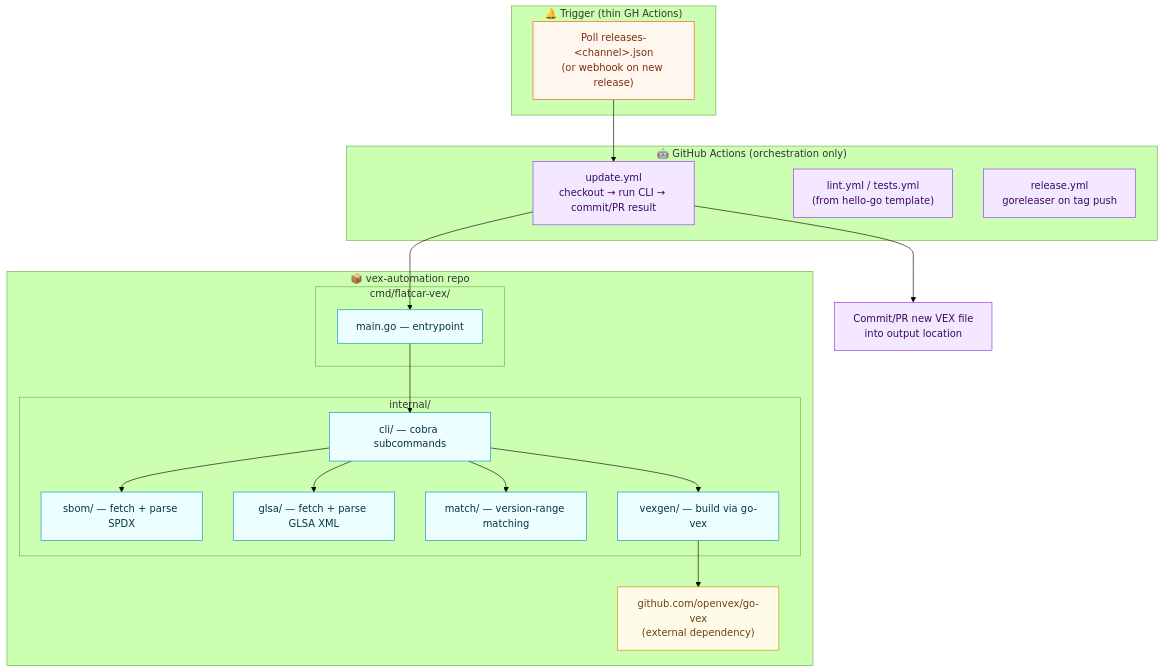
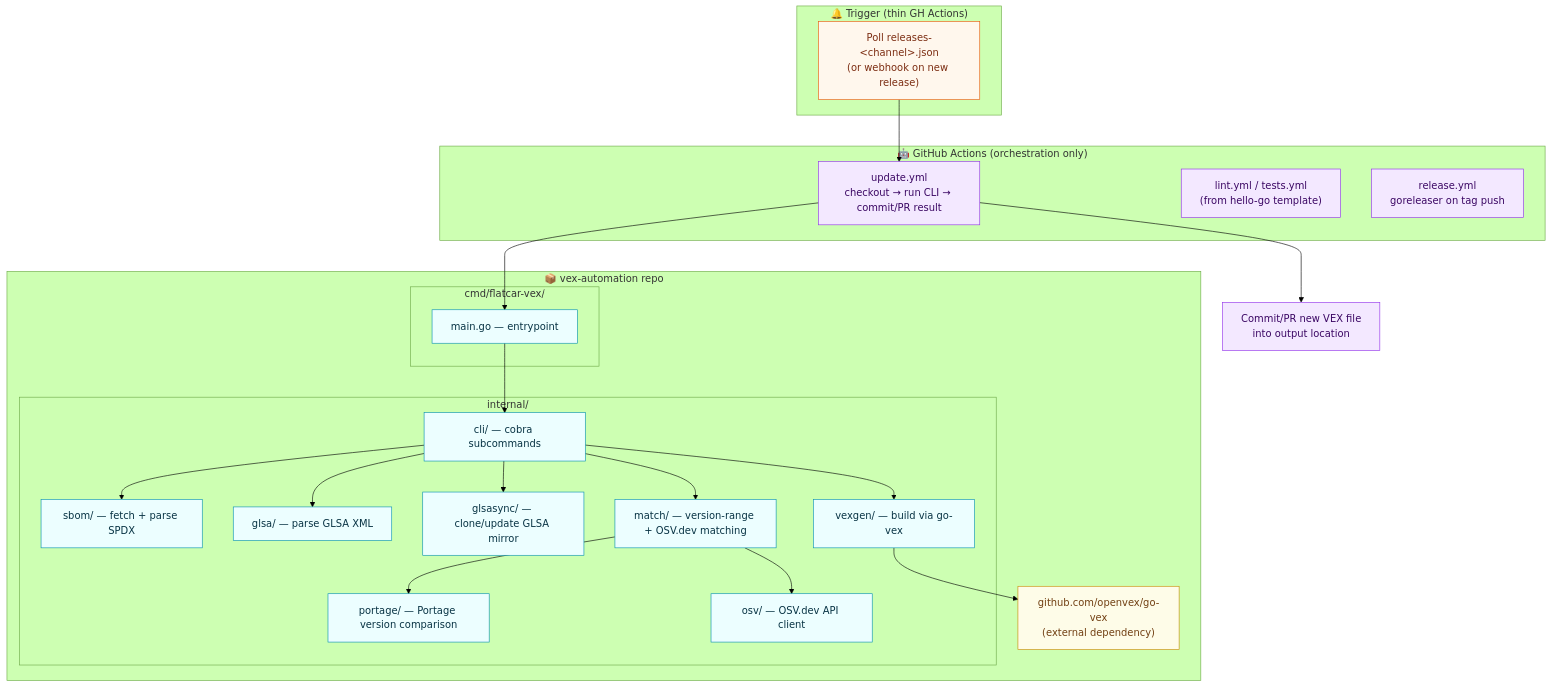
The second of 3 diagrams in docs/plan.md (flatcar/vex-automation), drawn with Mermaid (forest theme) before and after one commit. The commit also changed other lines of this file and 18 other files, not shown here.

````diff
--- a/docs/plan.md
+++ b/docs/plan.md
@@ -114,43 +116,47 @@
 ```mermaid
 flowchart TD
     subgraph Trigger["🔔 Trigger (thin GH Actions)"]
         POLL["Poll releases-&lt;channel&gt;.json<br/>(or webhook on new release)"]
     end
 
     subgraph Repo["📦 vex-automation repo"]
         subgraph CmdLayer["cmd/flatcar-vex/"]
             MAIN["main.go — entrypoint"]
         end
         subgraph InternalLayer["internal/"]
             CLI_PKG["cli/ — cobra subcommands"]
             SBOM_PKG["sbom/ — fetch + parse SPDX"]
-            GLSA_PKG["glsa/ — fetch + parse GLSA XML"]
-            MATCH_PKG["match/ — version-range matching"]
+            GLSA_PKG["glsa/ — parse GLSA XML"]
+            GLSASYNC_PKG["glsasync/ — clone/update GLSA mirror"]
+            PORTAGE_PKG["portage/ — Portage version comparison"]
+            MATCH_PKG["match/ — version-range + OSV.dev matching"]
+            OSV_PKG["osv/ — OSV.dev API client"]
             VEXGEN_PKG["vexgen/ — build via go-vex"]
         end
         GOVEX["github.com/openvex/go-vex<br/>(external dependency)"]
     end
 
     subgraph CI["🤖 GitHub Actions (orchestration only)"]
         WF1["update.yml<br/>checkout → run CLI → commit/PR result"]
         WF2["lint.yml / tests.yml<br/>(from hello-go template)"]
         WF3["release.yml<br/>goreleaser on tag push"]
     end
 
     POLL --> WF1
     WF1 --> MAIN
     MAIN --> CLI_PKG
-    CLI_PKG --> SBOM_PKG & GLSA_PKG & MATCH_PKG & VEXGEN_PKG
+    CLI_PKG --> SBOM_PKG & GLSA_PKG & GLSASYNC_PKG & MATCH_PKG & VEXGEN_PKG
+    MATCH_PKG --> PORTAGE_PKG & OSV_PKG
     VEXGEN_PKG --> GOVEX
     WF1 --> COMMIT["Commit/PR new VEX file<br/>into output location"]
 
     classDef trigger fill:#fff7ed,stroke:#ea580c,color:#7c2d12
     classDef repo fill:#ecfeff,stroke:#0891b2,color:#083344
     classDef ci fill:#f3e8ff,stroke:#9333ea,color:#3b0764
     classDef ext fill:#fefce8,stroke:#ca8a04,color:#713f12
 
     class POLL trigger
-    class MAIN,CLI_PKG,SBOM_PKG,GLSA_PKG,MATCH_PKG,VEXGEN_PKG repo
+    class MAIN,CLI_PKG,SBOM_PKG,GLSA_PKG,GLSASYNC_PKG,PORTAGE_PKG,MATCH_PKG,OSV_PKG,VEXGEN_PKG repo
     class WF1,WF2,WF3,COMMIT ci
     class GOVEX ext
 ```
````
